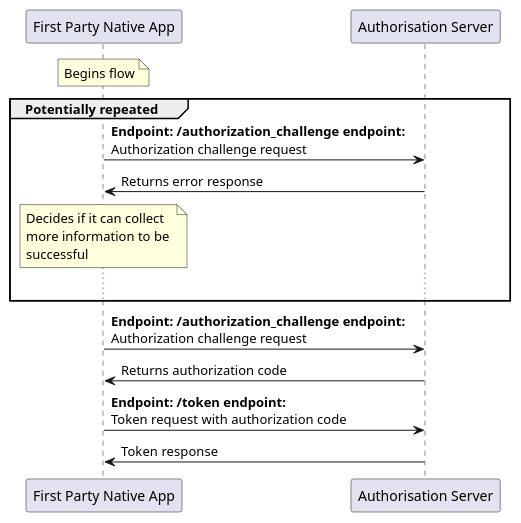
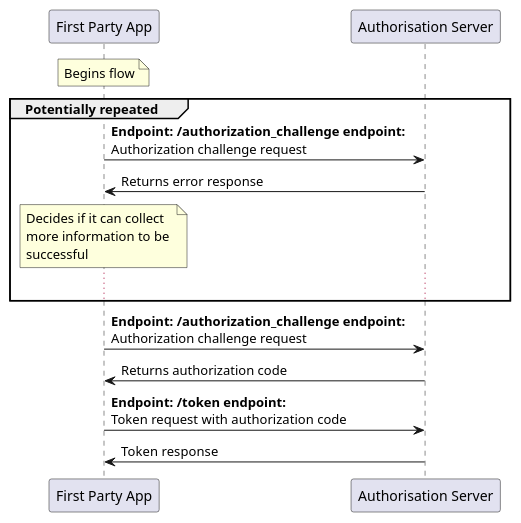
One commit to JamesCollerton/PlantUML-Diagrams changed the diagram in OAuth2/First Party Native Apps/first-party-native-apps.puml. Above: the diagram before and after it, drawn with PlantUML. The commit also changed 4 other files, not shown here.

```diff
--- a/OAuth2/First Party Native Apps/first-party-native-apps.puml
+++ b/OAuth2/First Party Native Apps/first-party-native-apps.puml
@@ -1,18 +1,18 @@
 @startuml
 
-participant "First Party Native App" as first_party_native_app
+participant "First Party App" as first_party_app
 participant "Authorisation Server" as authorisation_server
 
-note over first_party_native_app: Begins flow
+note over first_party_app: Begins flow
 group Potentially repeated
-    first_party_native_app -> authorisation_server: **Endpoint: /authorization_challenge endpoint:** \nAuthorization challenge request
-    authorisation_server -> first_party_native_app: Returns error response
-    note over first_party_native_app: Decides if it can collect \nmore information to be \nsuccessful
+    first_party_app -> authorisation_server: **Endpoint: /authorization_challenge endpoint:** \nAuthorization challenge request
+    authorisation_server -> first_party_app: Returns error response
+    note over first_party_app: Decides if it can collect \nmore information to be \nsuccessful
     ...
 end
-first_party_native_app -> authorisation_server: **Endpoint: /authorization_challenge endpoint:** \nAuthorization challenge request
-authorisation_server -> first_party_native_app: Returns authorization code
-first_party_native_app -> authorisation_server: **Endpoint: /token endpoint:** \nToken request with authorization code
-authorisation_server -> first_party_native_app: Token response
+first_party_app -> authorisation_server: **Endpoint: /authorization_challenge endpoint:** \nAuthorization challenge request
+authorisation_server -> first_party_app: Returns authorization code
+first_party_app -> authorisation_server: **Endpoint: /token endpoint:** \nToken request with authorization code
+authorisation_server -> first_party_app: Token response
 
 @enduml
```
